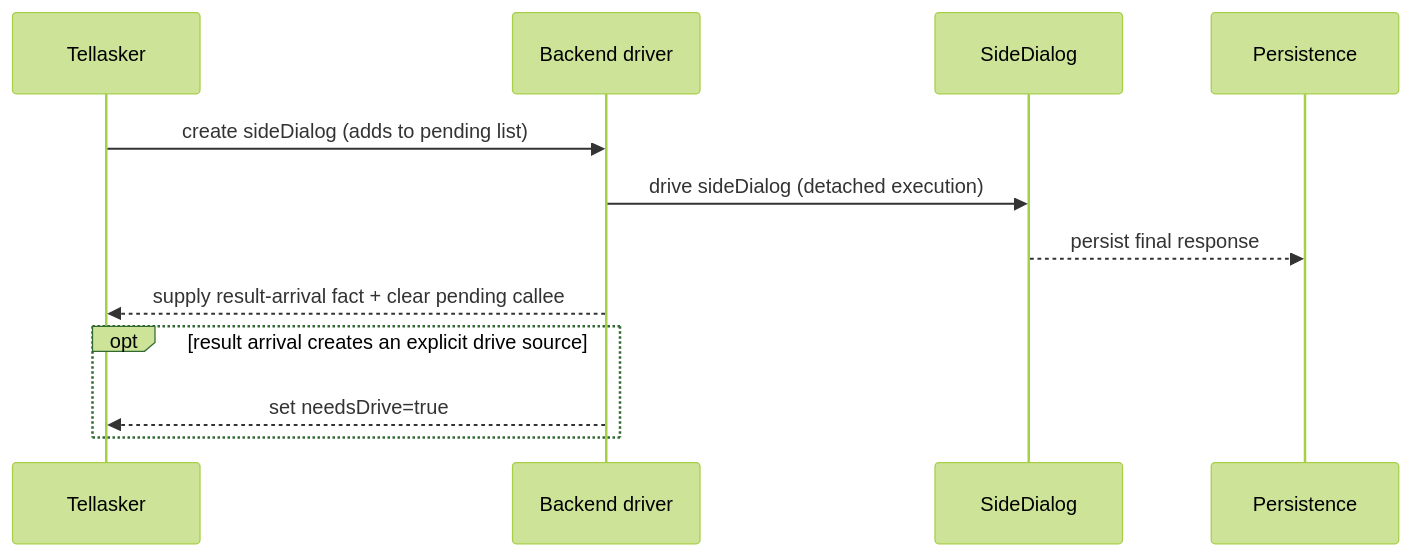
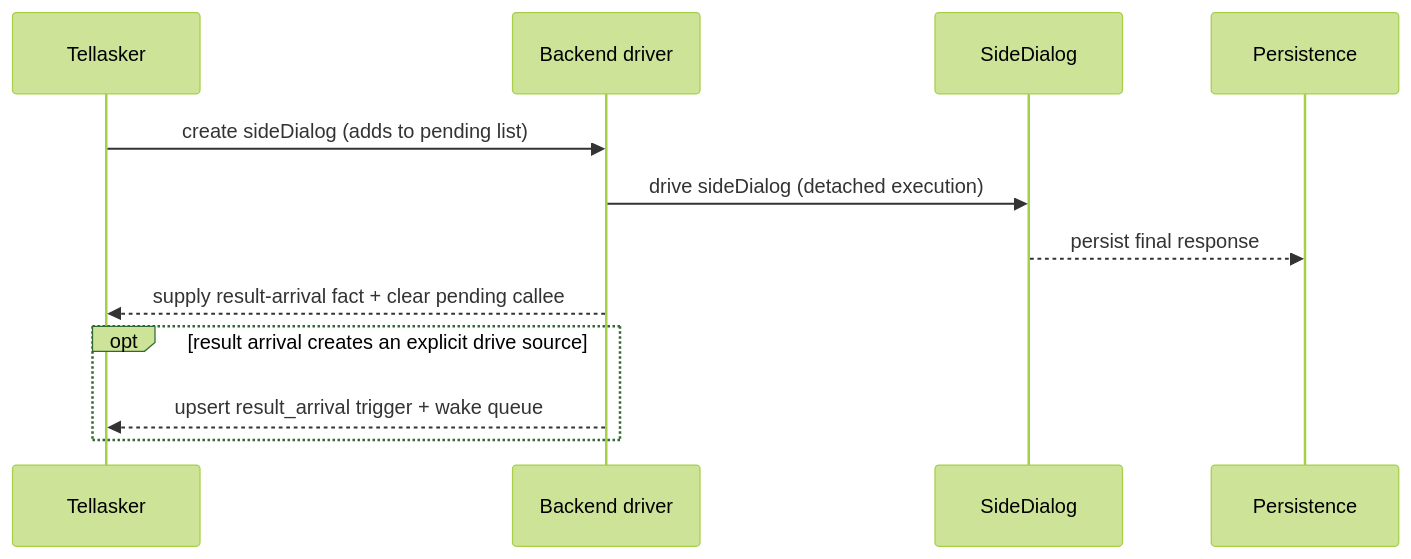
Before and after one commit to longrun-ai/dominds: the seventh of 18 diagrams in docs/dialog-system.md, drawn with Mermaid (forest theme). The commit also changed other lines of this file and 7 other files, not shown here.

````diff
--- a/docs/dialog-system.md
+++ b/docs/dialog-system.md
@@ -720,15 +720,15 @@
 ```mermaid
 sequenceDiagram
   participant Asker as Tellasker
   participant Driver as Backend driver
   participant Side as SideDialog
   participant Store as Persistence
 
   Asker->>Driver: create sideDialog (adds to pending list)
   Driver->>Side: drive sideDialog (detached execution)
   Side-->>Store: persist final response
   Driver-->>Asker: supply result-arrival fact + clear pending callee
   opt result arrival creates an explicit drive source
-    Driver-->>Asker: set needsDrive=true
+    Driver-->>Asker: upsert result_arrival trigger + wake queue
   end
 ```
````
